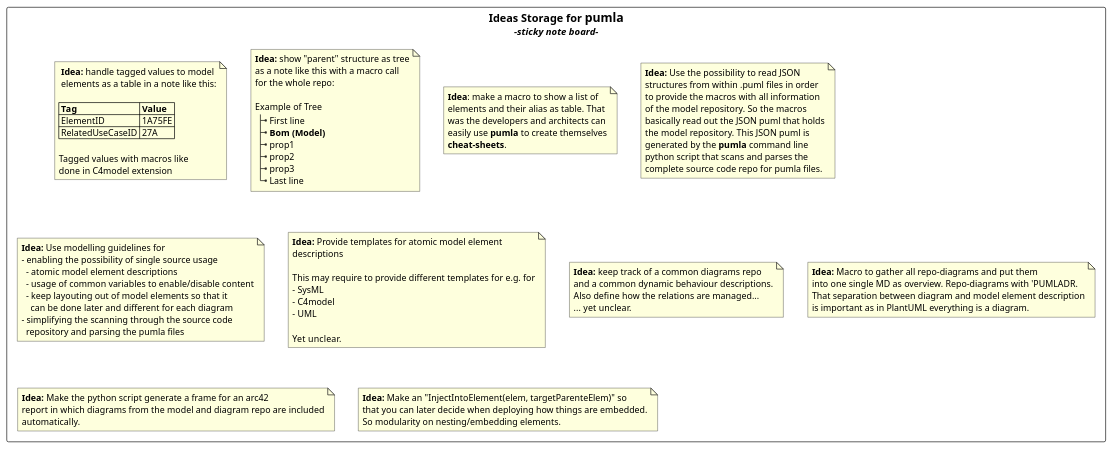
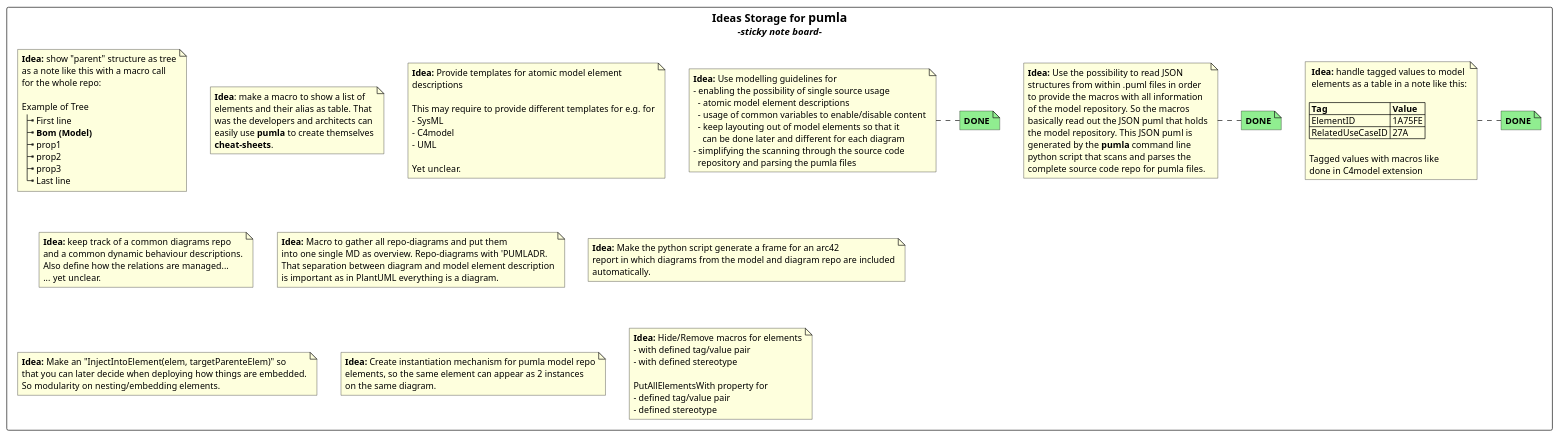
Before and after one commit to DrMarkusVoss/pumla: the diagram in ideas_storage.puml, drawn with PlantUML. The commit also changed 2 other files, not shown here.

```diff
--- a/ideas_storage.puml
+++ b/ideas_storage.puml
@@ -1,98 +1,124 @@
 @startuml
+
+
+
 rectangle "== Ideas Storage for **pumla**\n <i>-sticky note board- " {
+
 note as n1
    **Idea:** handle tagged values to model
    elements as a table in a note like this:
 
   |= Tag |= Value |
   | ElementID | 1A75FE |
   | RelatedUseCaseID | 27A |
 
   Tagged values with macros like
   done in C4model extension
 end note
+
+note right of n1 #back:lightGreen : **DONE**
 
 note as n2
 **Idea:** show "parent" structure as tree
 as a note like this with a macro call
 for the whole repo:
 
 Example of Tree
 |_ First line
 |_ **Bom (Model)**
 |_ prop1
 |_ prop2
 |_ prop3
 |_ Last line
 end note
 
 note as n3
 **Idea**: make a macro to show a list of
 elements and their alias as table. That
 was the developers and architects can
 easily use **pumla** to create themselves
 **cheat-sheets**.
 end note
 
 note as n4
 **Idea:** Use the possibility to read JSON
 structures from within .puml files in order
 to provide the macros with all information
 of the model repository. So the macros
 basically read out the JSON puml that holds
 the model repository. This JSON puml is
 generated by the **pumla** command line
 python script that scans and parses the
 complete source code repo for pumla files.
 end note
 
+note right of n4 #back:lightGreen : **DONE**
+
 note as n5
 **Idea:** Use modelling guidelines for
 - enabling the possibility of single source usage
   - atomic model element descriptions
   - usage of common variables to enable/disable content
   - keep layouting out of model elements so that it
     can be done later and different for each diagram
 - simplifying the scanning through the source code
   repository and parsing the pumla files
 end note
+
+note right of n5 #back:lightGreen : **DONE**
 
 note as n6
 **Idea:** Provide templates for atomic model element
 descriptions
 
 This may require to provide different templates for e.g. for
 - SysML
 - C4model
 - UML
 
 Yet unclear.
 end note
 
 note as n7
 **Idea:** keep track of a common diagrams repo
 and a common dynamic behaviour descriptions.
 Also define how the relations are managed...
 ... yet unclear.
 end note
 
 note as n8
 **Idea:** Macro to gather all repo-diagrams and put them
 into one single MD as overview. Repo-diagrams with 'PUMLADR.
 That separation between diagram and model element description
 is important as in PlantUML everything is a diagram.
 end note
 
 note as n9
 **Idea:** Make the python script generate a frame for an arc42
 report in which diagrams from the model and diagram repo are included
 automatically.
 end note
 
 note as n10
 **Idea:** Make an "InjectIntoElement(elem, targetParenteElem)" so
 that you can later decide when deploying how things are embedded.
 So modularity on nesting/embedding elements.
 end note
+
+note as n11
+**Idea:** Create instantiation mechanism for pumla model repo
+elements, so the same element can appear as 2 instances
+on the same diagram.
+end note
+
+note as n12
+**Idea:** Hide/Remove macros for elements
+- with defined tag/value pair
+- with defined stereotype
+
+PutAllElementsWith property for
+- defined tag/value pair
+- defined stereotype
+end note
 }
 @enduml
```
